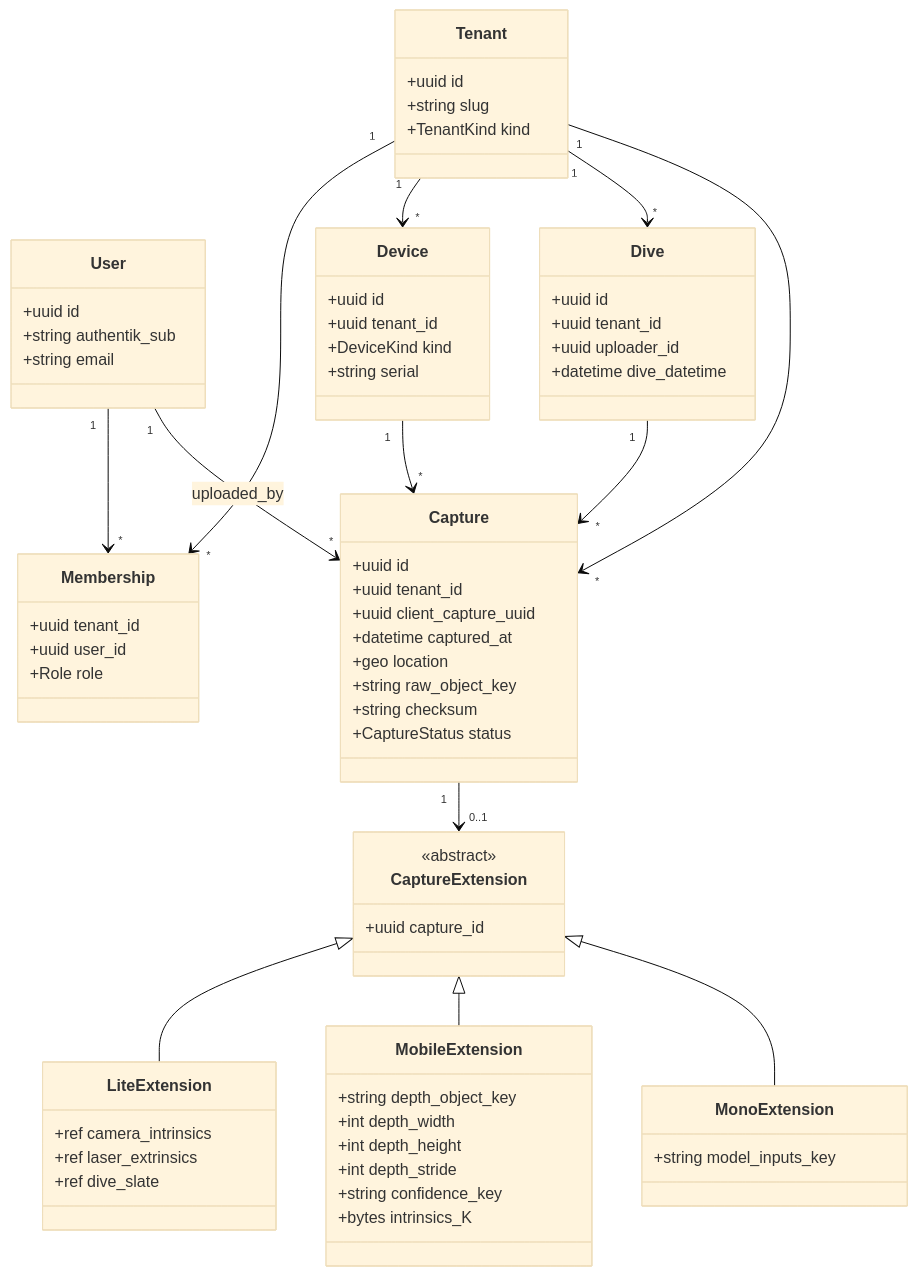
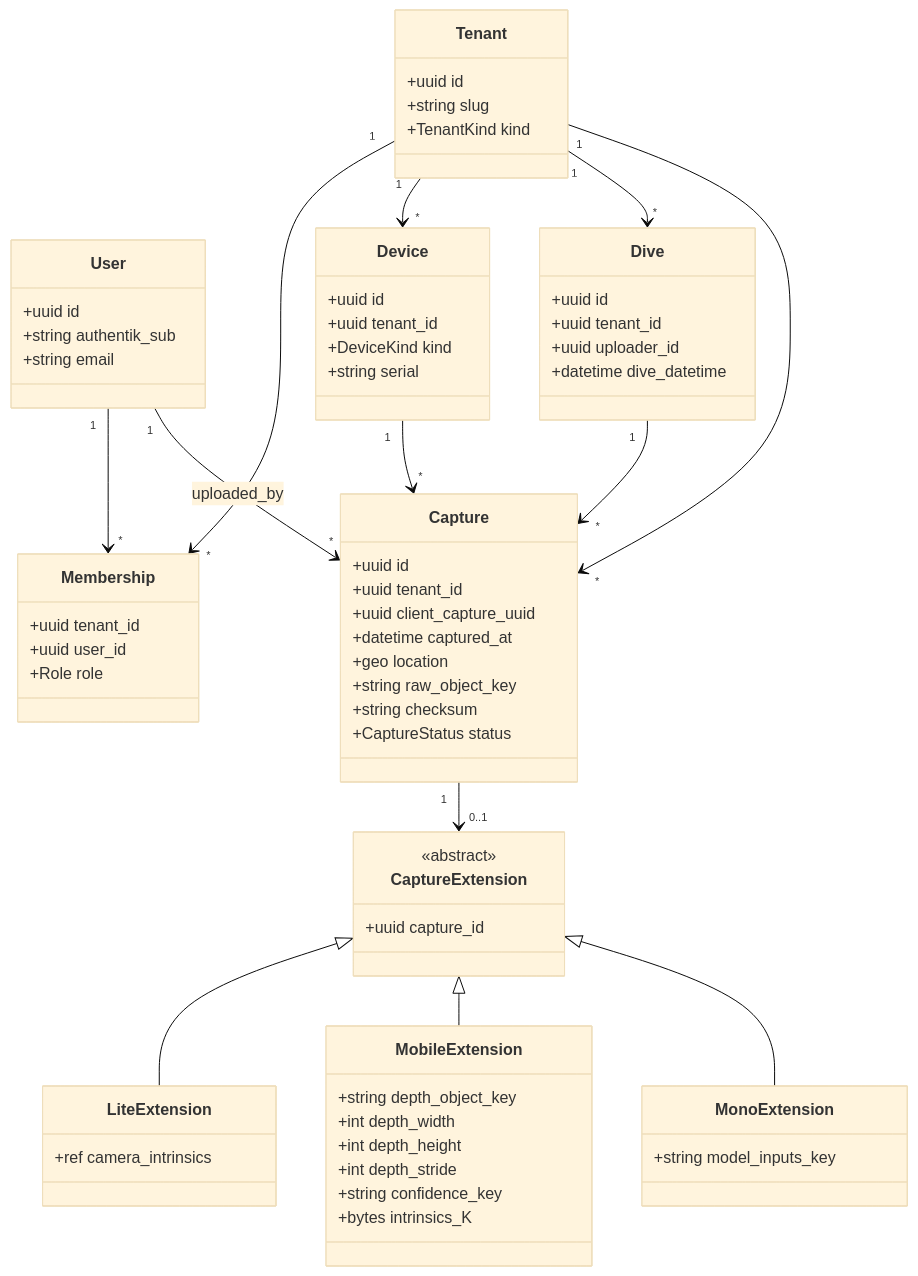
One commit to UCSD-E4E/fishsense-services changed the second of 9 diagrams in DIAGRAMS.md. Above: the diagram before and after it, drawn with Mermaid (base theme). The commit also changed other lines of this file and 1 other file, not shown here.

````diff
--- a/DIAGRAMS.md
+++ b/DIAGRAMS.md
@@ -76,73 +87,71 @@
 ```mermaid
 classDiagram
     class Tenant {
         +uuid id
         +string slug
         +TenantKind kind
     }
     class User {
         +uuid id
         +string authentik_sub
         +string email
     }
     class Membership {
         +uuid tenant_id
         +uuid user_id
         +Role role
     }
     class Device {
         +uuid id
         +uuid tenant_id
         +DeviceKind kind
         +string serial
     }
     class Dive {
         +uuid id
         +uuid tenant_id
         +uuid uploader_id
         +datetime dive_datetime
     }
     class Capture {
         +uuid id
         +uuid tenant_id
         +uuid client_capture_uuid
         +datetime captured_at
         +geo location
         +string raw_object_key
         +string checksum
         +CaptureStatus status
     }
     class CaptureExtension {
         <<abstract>>
         +uuid capture_id
     }
     class LiteExtension {
         +ref camera_intrinsics
-        +ref laser_extrinsics
-        +ref dive_slate
     }
     class MobileExtension {
         +string depth_object_key
         +int depth_width
         +int depth_height
         +int depth_stride
         +string confidence_key
         +bytes intrinsics_K
     }
     class MonoExtension {
         +string model_inputs_key
     }
 
     Tenant "1" --> "*" Membership
     User "1" --> "*" Membership
     Tenant "1" --> "*" Device
     Tenant "1" --> "*" Dive
     Tenant "1" --> "*" Capture
     Dive "1" --> "*" Capture
     Device "1" --> "*" Capture
     User "1" --> "*" Capture : uploaded_by
     Capture "1" --> "0..1" CaptureExtension
     CaptureExtension <|-- LiteExtension
     CaptureExtension <|-- MobileExtension
     CaptureExtension <|-- MonoExtension
 ```
````
